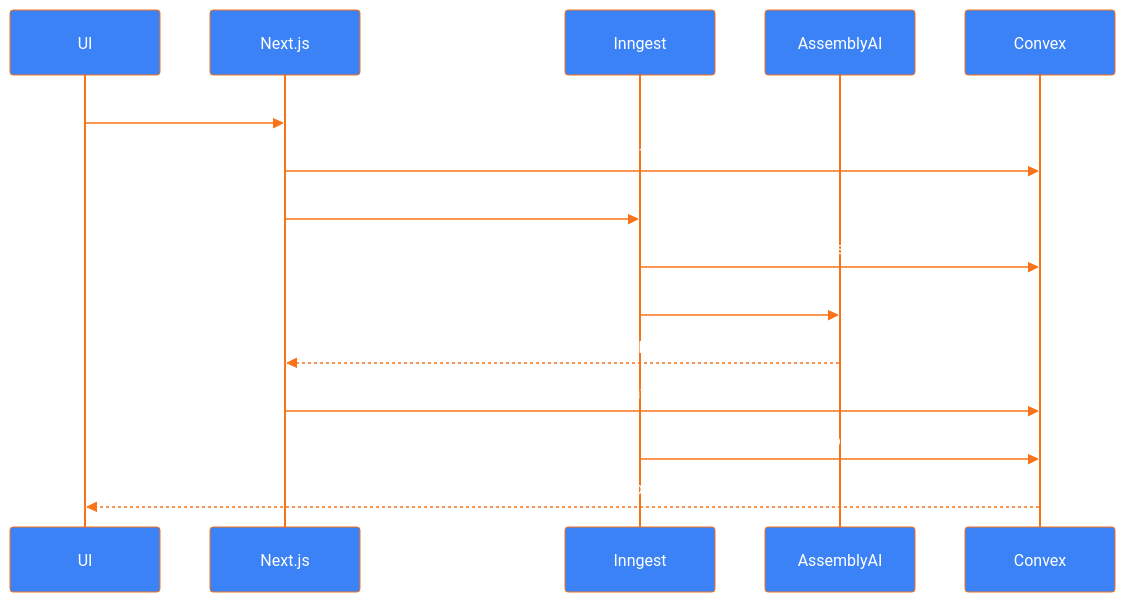
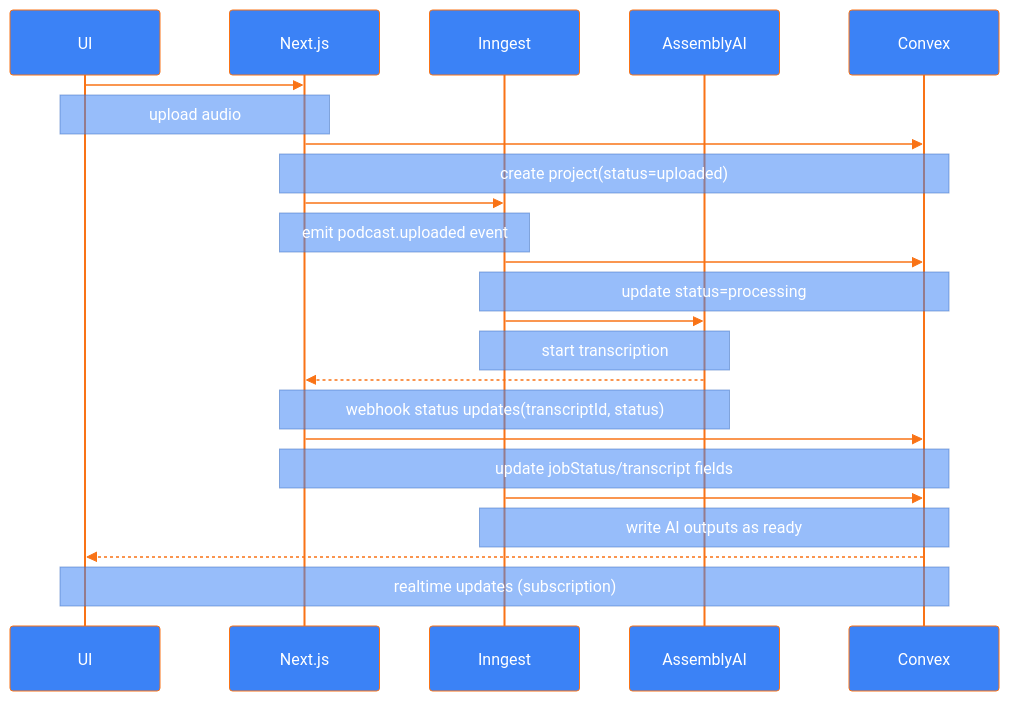
Before and after one commit to lindsaycode05/podcastogist: the fifth of 6 diagrams in README.md, drawn with Mermaid.

Commit message:
Update Mermaid Diagram's Styling inside README for Proper Display with Github Light Theme

````diff
--- a/README.md
+++ b/README.md
@@ -586,19 +586,28 @@
 ```mermaid
-%%{init: {'theme':'base','themeVariables':{'primaryColor':'#3B82F6','primaryTextColor':'#FFFFFF','primaryBorderColor':'#F97316','lineColor':'#3B82F6','secondaryColor':'#F97316','tertiaryColor':'#FFF7ED','signalColor':'#F97316'}}}%%
+%%{init: {'theme':'base','themeVariables':{'primaryColor':'#3B82F6','primaryTextColor':'#FFFFFF','primaryBorderColor':'#F97316','lineColor':'#3B82F6','secondaryColor':'#F97316','tertiaryColor':'#FFF7ED','signalColor':'#F97316','noteBkgColor':'#3b83f687','noteTextColor':'#FFFFFF'}}}%%
 sequenceDiagram
   participant UI as UI
   participant NX as Next.js
   participant IN as Inngest
   participant AS as AssemblyAI
   participant CX as Convex
 
-  UI->>NX: upload audio
-  NX->>CX: create project(status=uploaded)
-  NX->>IN: emit podcast.uploaded(projectId, fileUrl)
-  IN->>CX: update status=processing
-  IN->>AS: start transcription
-  AS-->>NX: webhook status updates(transcriptId, status)
-  NX->>CX: update jobStatus/transcript fields
-  IN->>CX: write AI outputs as ready
-  CX-->>UI: realtime updates (subscription)
+  UI->>NX:
+  note over UI,NX: upload audio
+  NX->>CX:
+  note over NX,CX: create project(status=uploaded)
+  NX->>IN:
+  note over NX,IN: emit podcast.uploaded event
+  IN->>CX:
+  note over IN,CX: update status=processing
+  IN->>AS:
+  note over IN,AS: start transcription
+  AS-->>NX:
+  note over AS,NX: webhook status updates(transcriptId, status)
+  NX->>CX:
+  note over NX,CX: update jobStatus/transcript fields
+  IN->>CX:
+  note over IN,CX: write AI outputs as ready
+  CX-->>UI:
+  note over CX,UI: realtime updates (subscription)
 ```
````
